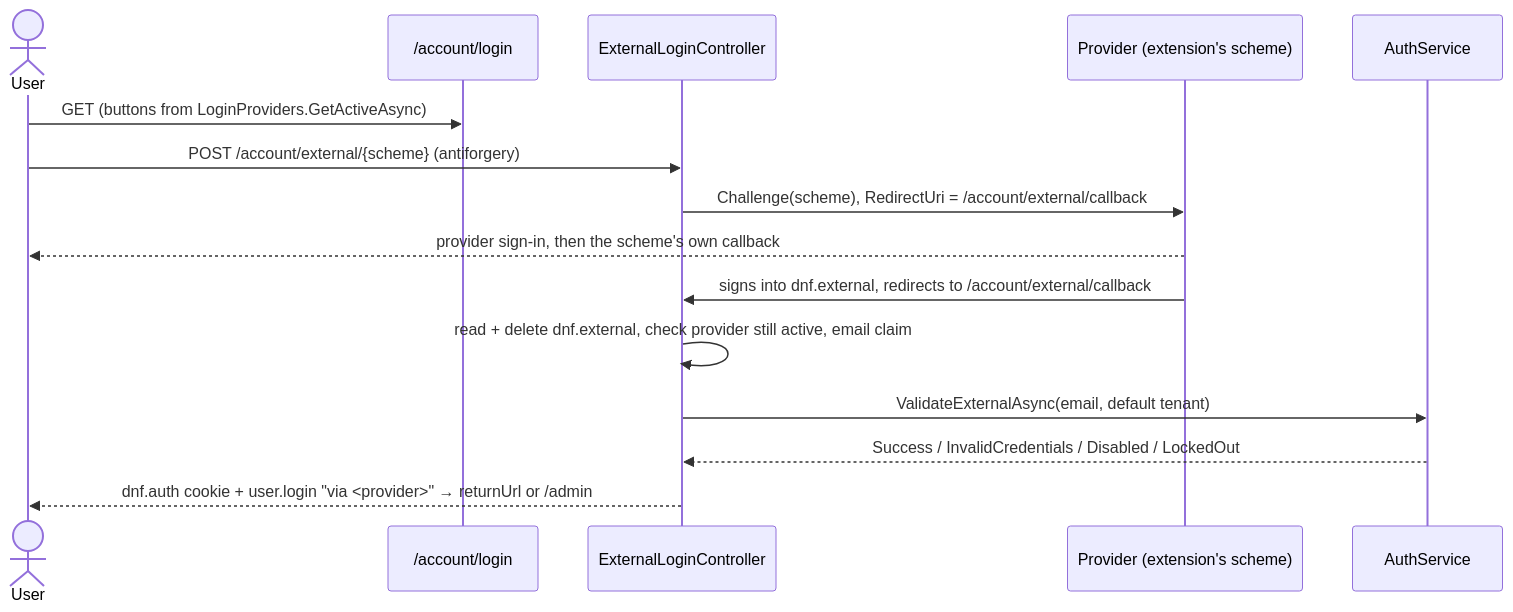
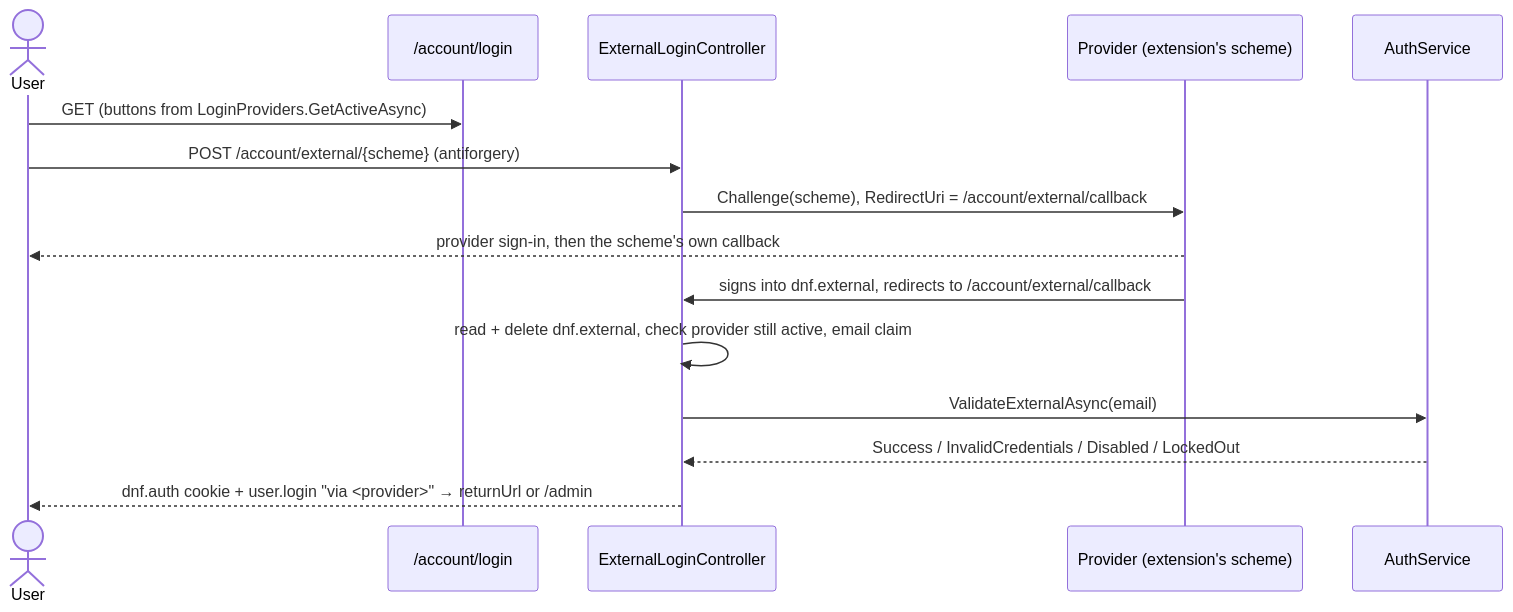
One commit to Albadit/DotNetForge changed the second of 2 diagrams in .docs/features/authentication.md. Above: the diagram before and after it, drawn with Mermaid. The commit also changed other lines of this file and 306 other files, not shown here.

````diff
--- a/.docs/features/authentication.md
+++ b/.docs/features/authentication.md
@@ -118,17 +112,17 @@
 ```mermaid
 sequenceDiagram
     actor U as User
     participant L as /account/login
     participant X as ExternalLoginController
     participant P as Provider (extension's scheme)
     participant A as AuthService
     U->>L: GET (buttons from LoginProviders.GetActiveAsync)
     U->>X: POST /account/external/{scheme} (antiforgery)
     X->>P: Challenge(scheme), RedirectUri = /account/external/callback
     P-->>U: provider sign-in, then the scheme's own callback
     P->>X: signs into dnf.external, redirects to /account/external/callback
     X->>X: read + delete dnf.external, check provider still active, email claim
-    X->>A: ValidateExternalAsync(email, default tenant)
+    X->>A: ValidateExternalAsync(email)
     A-->>X: Success / InvalidCredentials / Disabled / LockedOut
     X-->>U: dnf.auth cookie + user.login "via <provider>" → returnUrl or /admin
 ```
````
